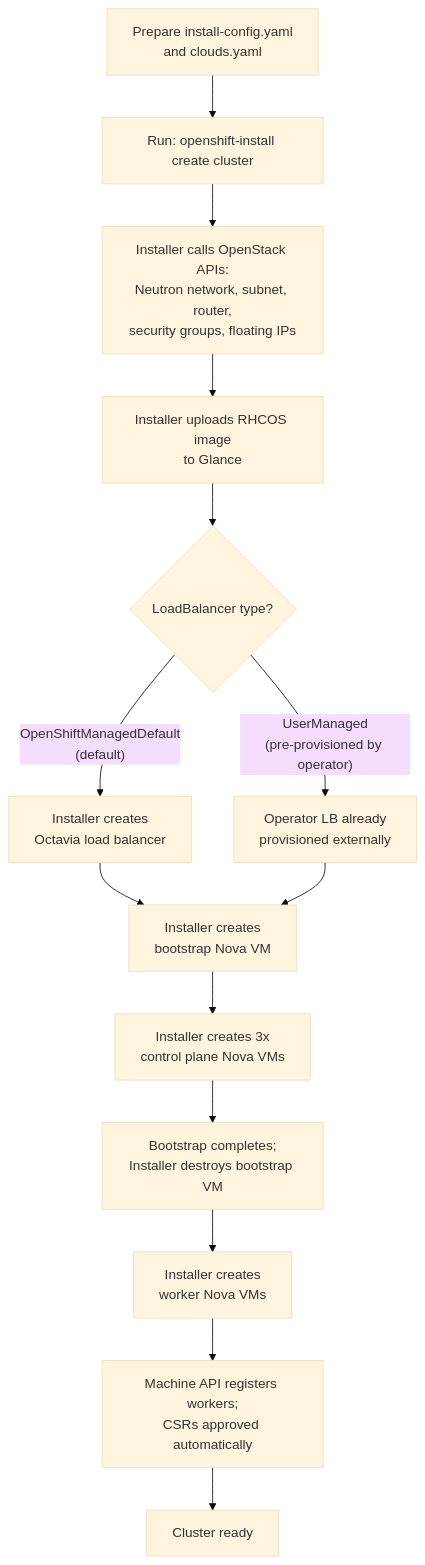
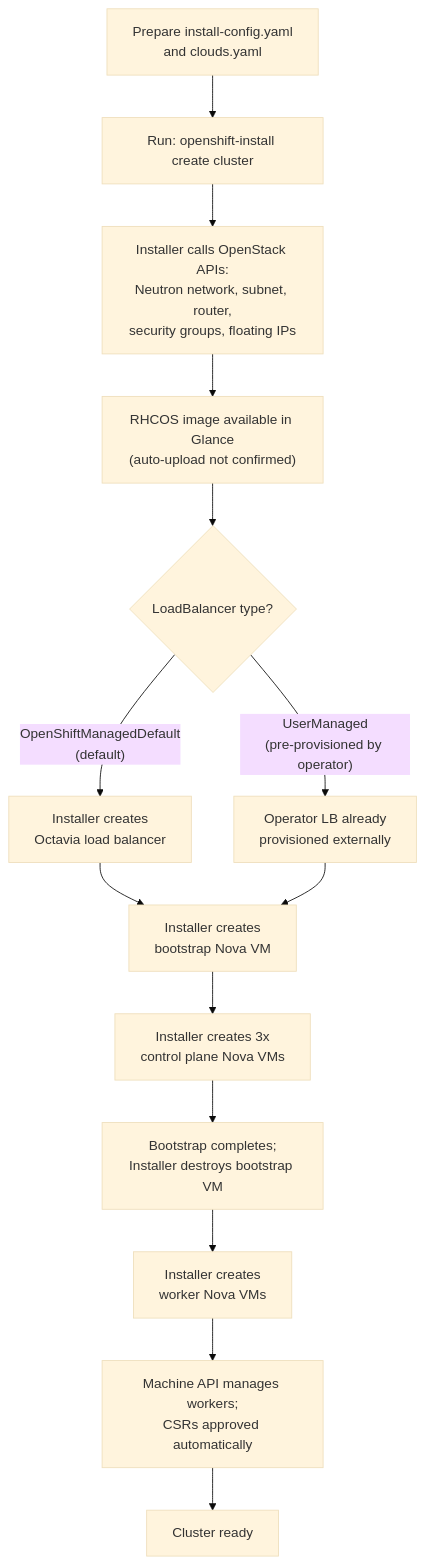
The second of 10 diagrams in docs/openshift-on-rhoso-openstack-deployment-comparison.md (sawoohoorun/ocp-deployment-mode), drawn with Mermaid (base theme) before and after one commit. The commit also changed other lines of this file and 1 other file, not shown here.

````diff
--- a/docs/openshift-on-rhoso-openstack-deployment-comparison.md
+++ b/docs/openshift-on-rhoso-openstack-deployment-comparison.md
@@ -117,16 +117,16 @@
 ```mermaid
 flowchart TD
     A["Prepare install-config.yaml\nand clouds.yaml"] --> B["Run: openshift-install create cluster"]
     B --> C["Installer calls OpenStack APIs:\nNeutron network, subnet, router,\nsecurity groups, floating IPs"]
-    C --> D["Installer uploads RHCOS image\nto Glance"]
+    C --> D["RHCOS image available in Glance\n(auto-upload not confirmed)"]
     D --> E{"LoadBalancer type?"}
     E -->|"OpenShiftManagedDefault\n(default)"| F["Installer creates\nOctavia load balancer"]
     E -->|"UserManaged\n(pre-provisioned by operator)"| G["Operator LB already\nprovisioned externally"]
     F --> H["Installer creates\nbootstrap Nova VM"]
     G --> H
     H --> I["Installer creates 3x\ncontrol plane Nova VMs"]
     I --> J["Bootstrap completes;\nInstaller destroys bootstrap VM"]
     J --> K["Installer creates\nworker Nova VMs"]
-    K --> L["Machine API registers workers;\nCSRs approved automatically"]
+    K --> L["Machine API manages workers;\nCSRs approved automatically"]
     L --> M["Cluster ready"]
 ```
````
